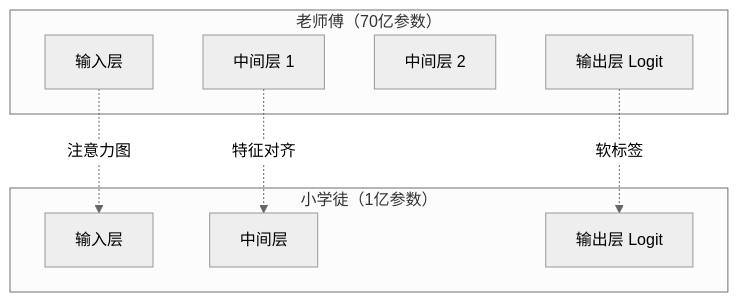
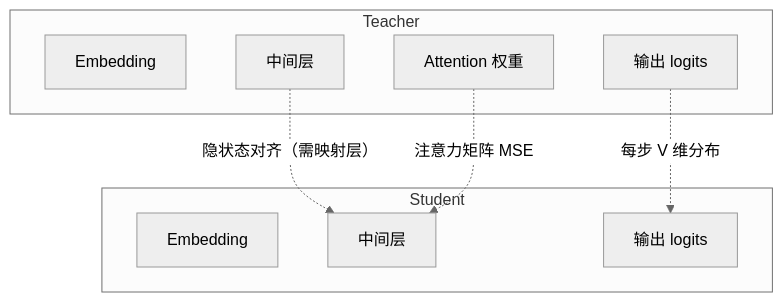
Before and after one commit to tanteng/blog: the first of 2 diagrams in content/posts/llm-distillation-explained.md, drawn with Mermaid (neutral theme). The commit also changed other lines of this file, not shown here.

````diff
--- a/content/posts/llm-distillation-explained.md
+++ b/content/posts/llm-distillation-explained.md
@@ -208,17 +128,17 @@
 ```mermaid
 flowchart TB
-    subgraph Teacher["老师傅（70亿参数）"]
-        T1[输入层]
-        T2[中间层 1]
-        T3[中间层 2]
-        T4[输出层 Logit]
+    subgraph TEACH["Teacher"]
+        T1["Embedding"]
+        T2["中间层"]
+        T3["Attention 权重"]
+        T4["输出 logits"]
     end
-    subgraph Student["小学徒（1亿参数）"]
-        S1[输入层]
-        S2[中间层]
-        S3[输出层 Logit]
+    subgraph STUD["Student"]
+        S1["Embedding"]
+        S2["中间层"]
+        S3["输出 logits"]
     end
-    T4 -.软标签.-> S3
-    T2 -.特征对齐.-> S2
-    T1 -.注意力图.-> S1
+    T4 -. "每步 V 维分布" .-> S3
+    T2 -. "隐状态对齐（需映射层）" .-> S2
+    T3 -. "注意力矩阵 MSE" .-> S2
 ```
````
